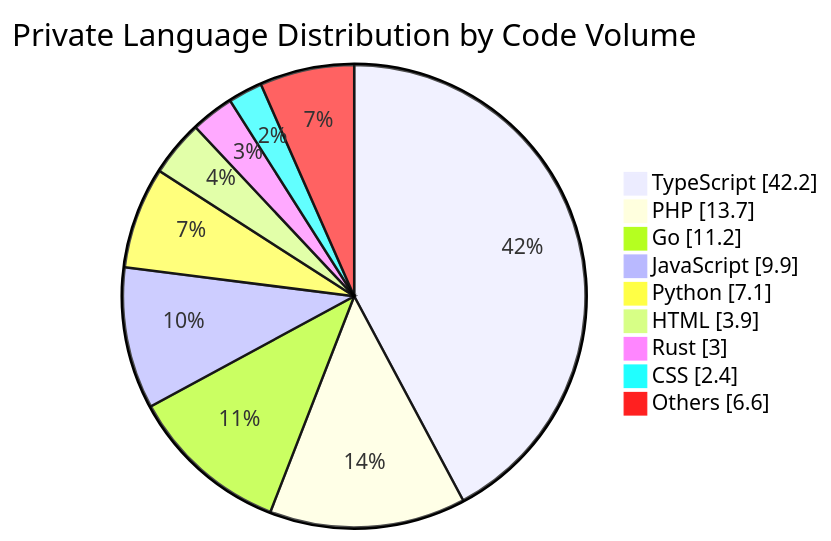
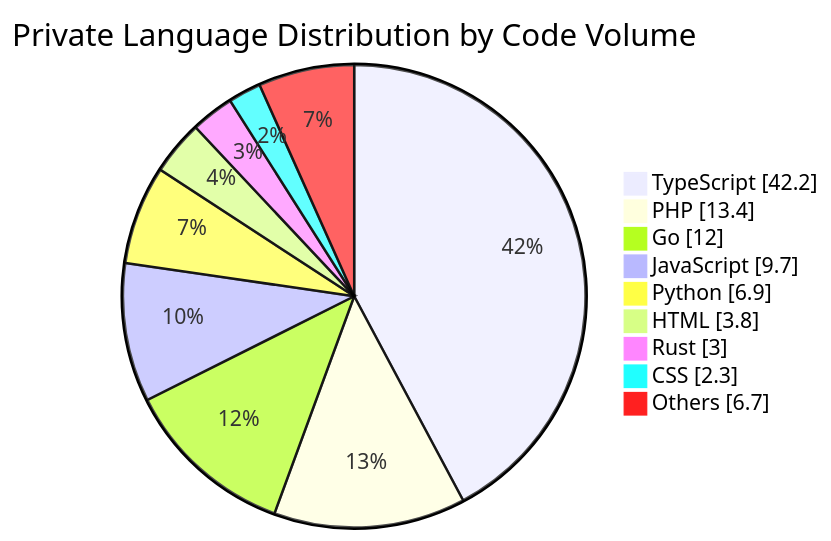
One commit to Lamy210/Lamy210 changed the diagram in README.md. Above: the diagram before and after it, drawn with Mermaid. The commit also changed other lines of this file, not shown here.

Commit message:
chore: update private technology summary [skip ci]

````diff
--- a/README.md
+++ b/README.md
@@ -47,13 +47,13 @@
 ```mermaid
 pie showData
     title Private Language Distribution by Code Volume
     "TypeScript" : 42.2
-    "PHP" : 13.7
-    "Go" : 11.2
-    "JavaScript" : 9.9
-    "Python" : 7.1
-    "HTML" : 3.9
+    "PHP" : 13.4
+    "Go" : 12.0
+    "JavaScript" : 9.7
+    "Python" : 6.9
+    "HTML" : 3.8
     "Rust" : 3.0
-    "CSS" : 2.4
-    "Others" : 6.6
+    "CSS" : 2.3
+    "Others" : 6.7
 ```
````
